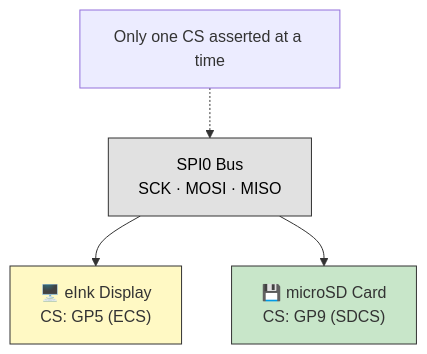
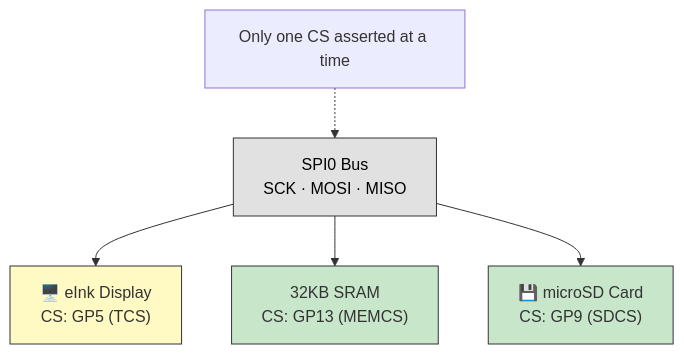
One commit to kolec94/Altoid_eink changed the second of 3 diagrams in hardware/SCHEMATIC.md. Above: the diagram before and after it, drawn with Mermaid. The commit also changed other lines of this file and 10 other files, not shown here.

````diff
--- a/hardware/SCHEMATIC.md
+++ b/hardware/SCHEMATIC.md
@@ -106,14 +113,16 @@
 ```mermaid
 flowchart TD
     SPI[SPI0 Bus<br/>SCK · MOSI · MISO]
     
-    SPI --> Display["🖥️ eInk Display<br/>CS: GP5 (ECS)"]
+    SPI --> Display["🖥️ eInk Display<br/>CS: GP5 (TCS)"]
+    SPI --> SRAM["32KB SRAM<br/>CS: GP13 (MEMCS)"]
     SPI --> SD["💾 microSD Card<br/>CS: GP9 (SDCS)"]
     
     Note1["Only one CS asserted at a time"]
     Note1 -.-> SPI
     
     style SPI fill:#e1e1e1,stroke:#333,color:#000
     style Display fill:#fff9c4,stroke:#333
+    style SRAM fill:#c8e6c9,stroke:#333
     style SD fill:#c8e6c9,stroke:#333
 ```
````
